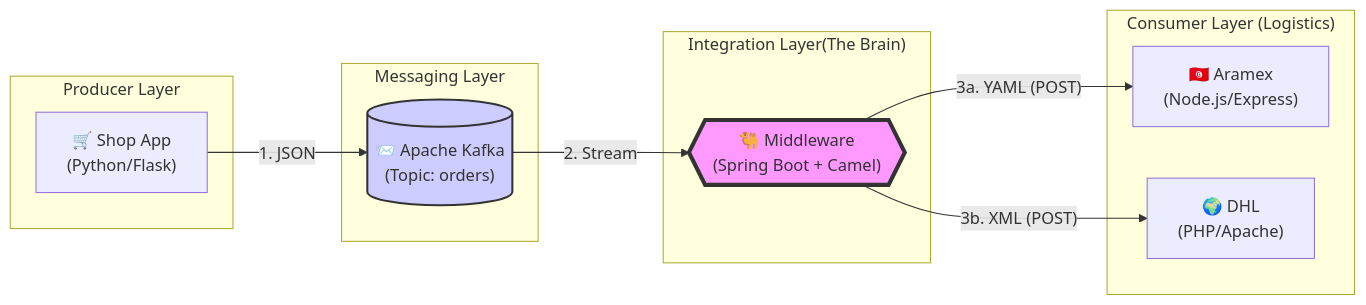
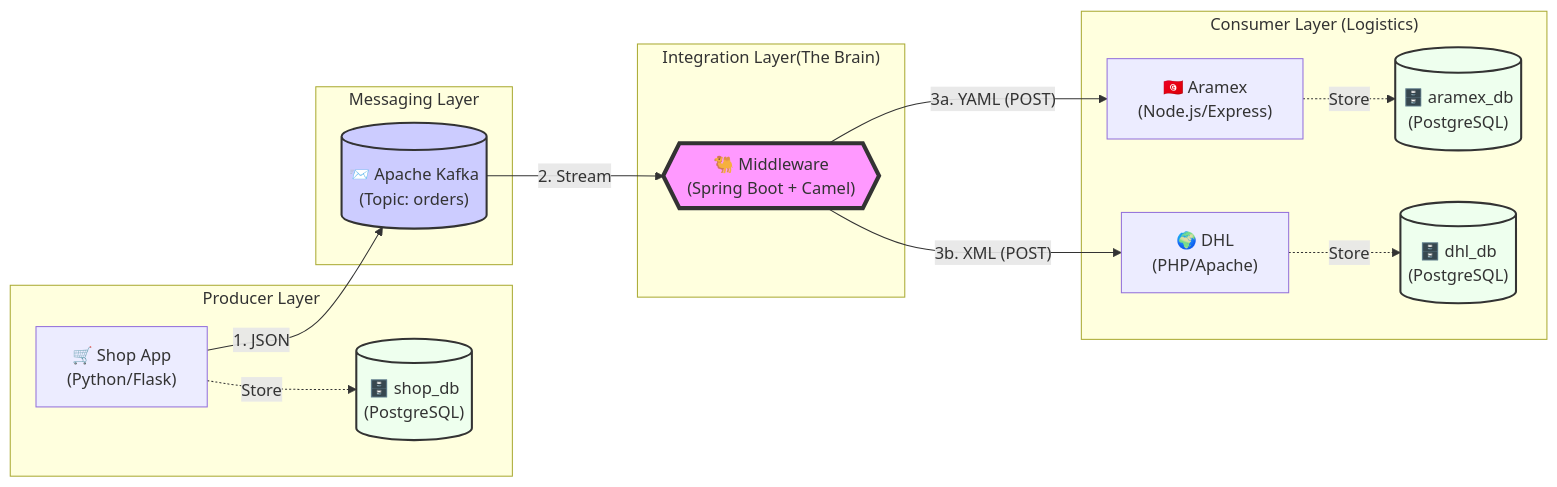
Before and after one commit to oussemabouchoucha/Kafka-Camel-Integration-Demo: the first of 2 diagrams in RapportTechnique.md, drawn with Mermaid. The commit also changed other lines of this file, not shown here.

Commit message:
docs: Update technical report diagrams with database architecture
- Update architecture schema to show separate databases (shop_db, aramex_db, dhl_db)
- Add database persistence operations to sequence diagram
- Show complete data flow including INSERT operations for each service
- Visualize database isolation per microservice in mermaid diagrams

````diff
--- a/RapportTechnique.md
+++ b/RapportTechnique.md
@@ -10,27 +10,36 @@
 ```mermaid
 graph LR
     subgraph "Producer Layer"
         P["🛒 Shop App<br/>(Python/Flask)"]
+        DB_S[("🗄️ shop_db<br/>(PostgreSQL)")]
     end
 
     subgraph "Messaging Layer"
         K[("📨 Apache Kafka<br/>(Topic: orders)")]
     end
 
     subgraph "Integration Layer(The Brain)"
         C{{"🐫 Middleware<br/>(Spring Boot + Camel)"}}
     end
 
     subgraph "Consumer Layer (Logistics)"
         A["🇹🇳 Aramex<br/>(Node.js/Express)"]
+        DB_A[("🗄️ aramex_db<br/>(PostgreSQL)")]
         D["🌍 DHL<br/>(PHP/Apache)"]
+        DB_D[("🗄️ dhl_db<br/>(PostgreSQL)")]
     end
 
     P -- "1. JSON" --> K
+    P -."Store".-> DB_S
     K -- "2. Stream" --> C
     C -- "3a. YAML (POST)" --> A
+    A -."Store".-> DB_A
     C -- "3b. XML (POST)" --> D
+    D -."Store".-> DB_D
 
     style C fill:#f9f,stroke:#333,stroke-width:4px
     style K fill:#ccf,stroke:#333,stroke-width:2px
+    style DB_S fill:#efe,stroke:#333,stroke-width:2px
+    style DB_A fill:#efe,stroke:#333,stroke-width:2px
+    style DB_D fill:#efe,stroke:#333,stroke-width:2px
 ```
````
